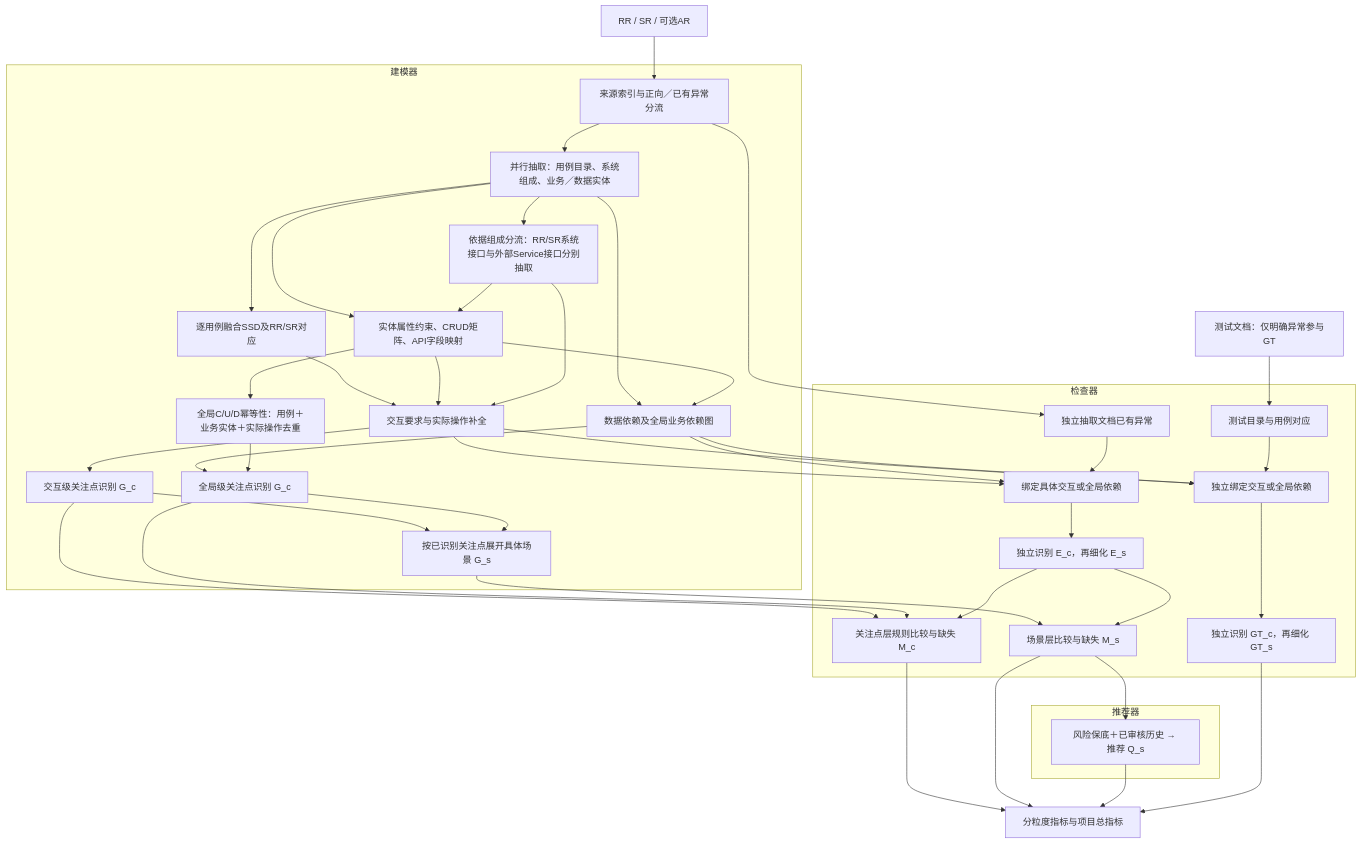
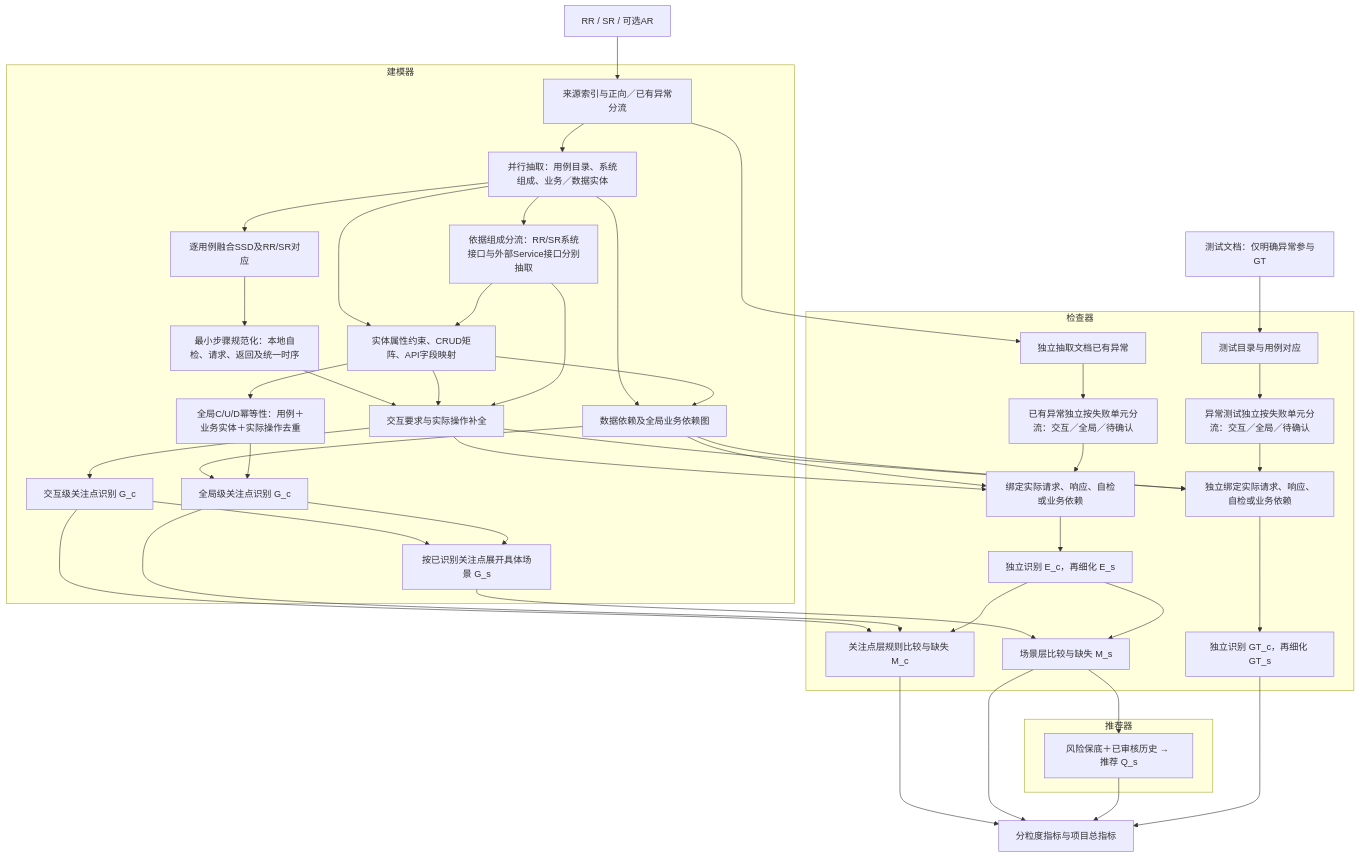
One commit to Yangkailiang1/Scene_Completion changed the diagram in README.md. Above: the diagram before and after it, drawn with Mermaid. The commit also changed other lines of this file and 119 other files, not shown here.

Commit message:
Normalize atomic SSD steps and independently route global exception evidence

````diff
--- a/README.md
+++ b/README.md
@@ -43,50 +43,53 @@
 ```mermaid
 flowchart TB
     SRC["RR / SR / 可选AR"] --> IDX["来源索引与正向／已有异常分流"]
     TEST["测试文档：仅明确异常参与GT"] --> TI["测试目录与用例对应"]
 
     subgraph MODEL["建模器"]
         IDX --> SHARED["并行抽取：用例目录、系统组成、业务／数据实体"]
         SHARED --> API["依据组成分流：RR/SR系统接口与外部Service接口分别抽取"]
         SHARED --> SSD["逐用例融合SSD及RR/SR对应"]
         SHARED --> ENTITY["实体属性约束、CRUD矩阵、API字段映射"]
         API --> ENTITY
-        SSD --> LOCAL["交互要求与实际操作补全"]
+        SSD --> ATOMIC["最小步骤规范化：本地自检、请求、返回及统一时序"]
+        ATOMIC --> LOCAL["交互要求与实际操作补全"]
         ENTITY --> LOCAL
         API --> LOCAL
         SHARED --> DEP["数据依赖及全局业务依赖图"]
         ENTITY --> DEP
         LOCAL --> GC["交互级关注点识别 G_c"]
         DEP --> GGC["全局级关注点识别 G_c"]
         ENTITY --> IDEM["全局C/U/D幂等性：用例＋业务实体＋实际操作去重"]
         IDEM --> GGC
         GC --> GS["按已识别关注点展开具体场景 G_s"]
         GGC --> GS
     end
 
     subgraph CHECK["检查器"]
         IDX --> EB["独立抽取文档已有异常"]
-        EB --> EBIND["绑定具体交互或全局依赖"]
-        TI --> TBIND["独立绑定交互或全局依赖"]
+        EB --> ER["已有异常独立按失败单元分流：交互／全局／待确认"]
+        TI --> TR["异常测试独立按失败单元分流：交互／全局／待确认"]
+        ER --> EBIND["绑定实际请求、响应、自检或业务依赖"]
+        TR --> TBIND["独立绑定实际请求、响应、自检或业务依赖"]
         LOCAL --> EBIND
         DEP --> EBIND
         LOCAL --> TBIND
         DEP --> TBIND
         EBIND --> E["独立识别 E_c，再细化 E_s"]
         TBIND --> GT["独立识别 GT_c，再细化 GT_s"]
         GC --> CC["关注点层规则比较与缺失 M_c"]
         GGC --> CC
         E --> CC
         GS --> SC["场景层比较与缺失 M_s"]
         E --> SC
     end
 
     subgraph REC["推荐器"]
         SC --> Q["风险保底＋已审核历史 → 推荐 Q_s"]
     end
 
     CC --> MET["分粒度指标与项目总指标"]
     SC --> MET
     Q --> MET
     GT --> MET
 ```
````
